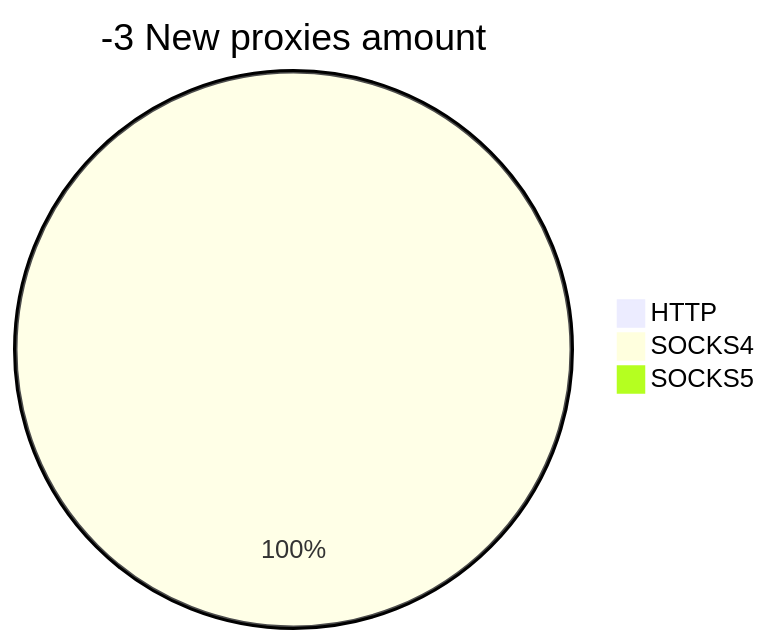
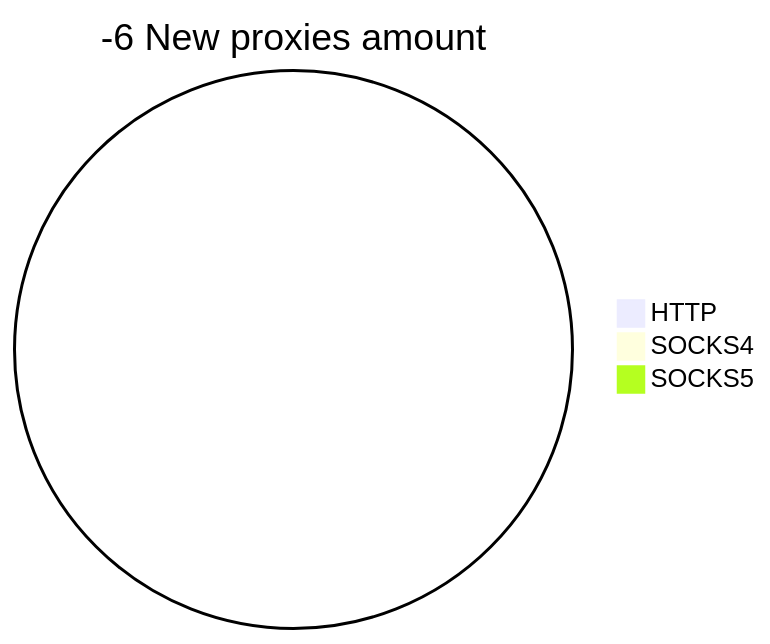
One commit to cutipu/proxylist changed the second of 2 diagrams in README.md. Above: the diagram before and after it, drawn with Mermaid. The commit also changed other lines of this file, not shown here.

````diff
--- a/README.md
+++ b/README.md
@@ -10,6 +10,6 @@
 ```mermaid
-pie title -3 New proxies amount
+pie title -6 New proxies amount
     "HTTP" : 0
-    "SOCKS4" : 5
+    "SOCKS4" : 0
     "SOCKS5" : 0
 ```
````
